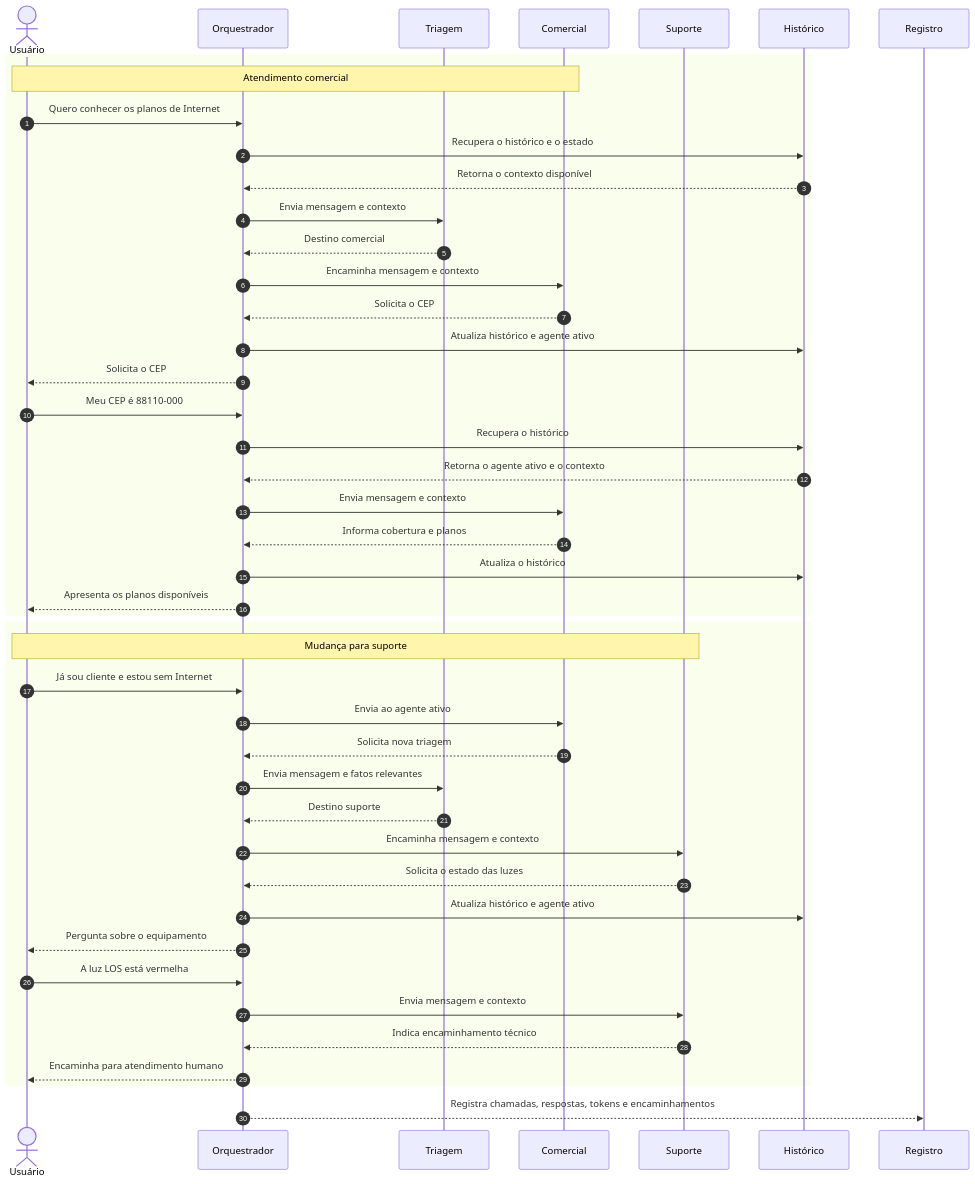
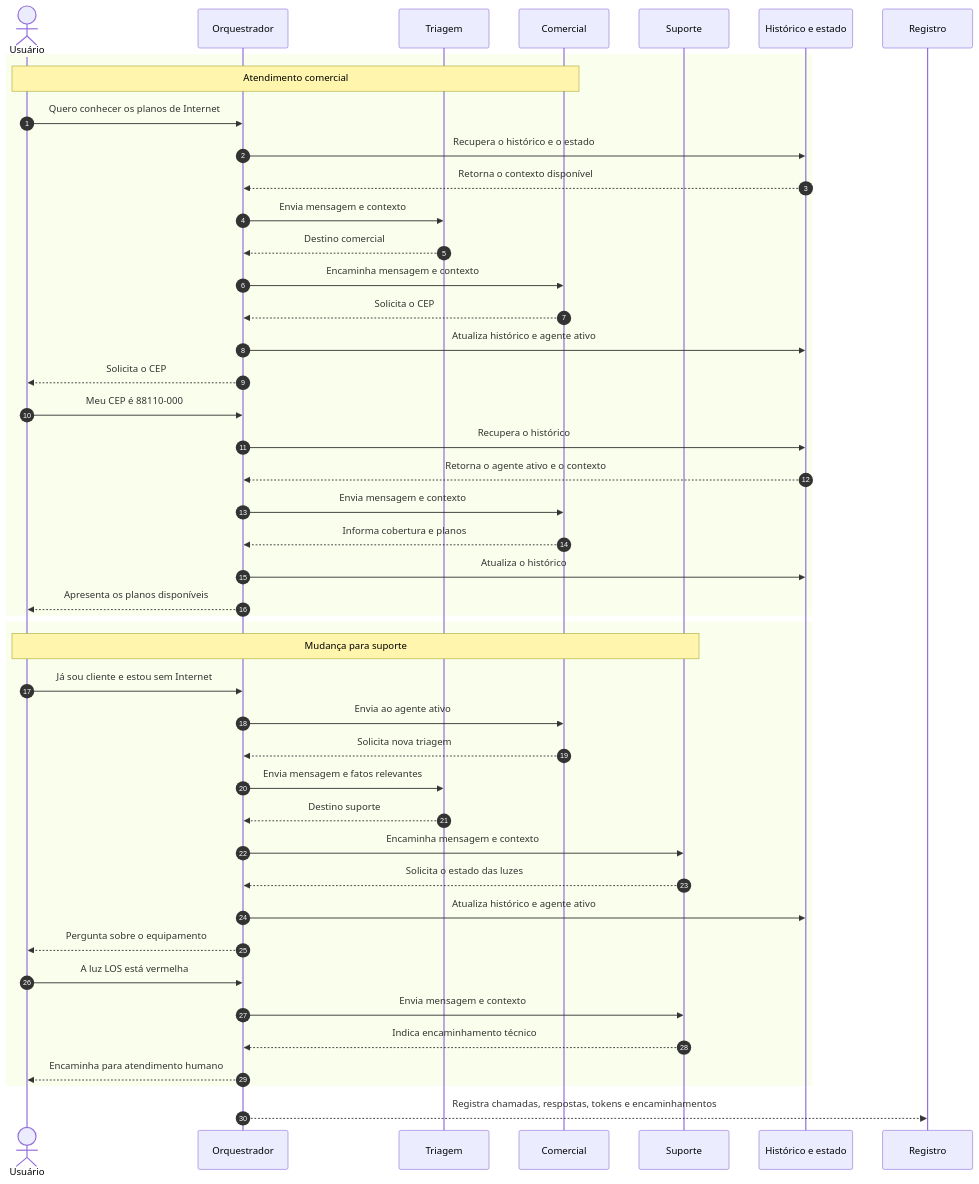
One commit to wagnerfloresdossantos/engtelecom-ifsc-sj changed the diagram in tcc-2026.2/prototipos/diagramas/fontes/arquitetura-multiagente.md. Above: the diagram before and after it, drawn with Mermaid. The commit also changed 27 other files, not shown here.

````diff
--- a/tcc-2026.2/prototipos/diagramas/fontes/arquitetura-multiagente.md
+++ b/tcc-2026.2/prototipos/diagramas/fontes/arquitetura-multiagente.md
@@ -1,53 +1,53 @@
 ```mermaid
 sequenceDiagram
     autonumber
 
     actor U as Usuário
     participant O as Orquestrador
     participant T as Triagem
     participant C as Comercial
     participant S as Suporte
-    participant H as Histórico
+    participant H as Histórico e estado
     participant R as Registro
 
     rect
         Note over U,C: Atendimento comercial
         U->>O: Quero conhecer os planos de Internet
         O->>H: Recupera o histórico e o estado
         H-->>O: Retorna o contexto disponível
         O->>T: Envia mensagem e contexto
         T-->>O: Destino comercial
         O->>C: Encaminha mensagem e contexto
         C-->>O: Solicita o CEP
         O->>H: Atualiza histórico e agente ativo
         O-->>U: Solicita o CEP
 
         U->>O: Meu CEP é 88110-000
         O->>H: Recupera o histórico
         H-->>O: Retorna o agente ativo e o contexto
         O->>C: Envia mensagem e contexto
         C-->>O: Informa cobertura e planos
         O->>H: Atualiza o histórico
         O-->>U: Apresenta os planos disponíveis
     end
 
     rect
         Note over U,S: Mudança para suporte
         U->>O: Já sou cliente e estou sem Internet
         O->>C: Envia ao agente ativo
         C-->>O: Solicita nova triagem
         O->>T: Envia mensagem e fatos relevantes
         T-->>O: Destino suporte
         O->>S: Encaminha mensagem e contexto
         S-->>O: Solicita o estado das luzes
         O->>H: Atualiza histórico e agente ativo
         O-->>U: Pergunta sobre o equipamento
 
         U->>O: A luz LOS está vermelha
         O->>S: Envia mensagem e contexto
         S-->>O: Indica encaminhamento técnico
         O-->>U: Encaminha para atendimento humano
     end
 
     O-->>R: Registra chamadas, respostas, tokens e encaminhamentos
 ```  
````
